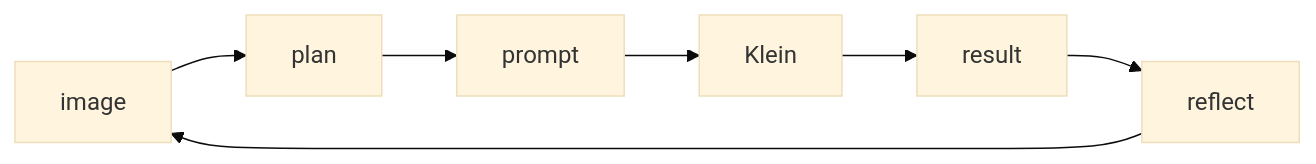
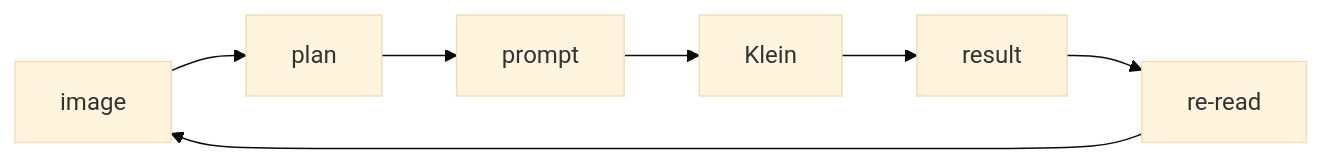
Before and after one commit to rbatra2000/backslash_art: the first of 6 diagrams in docs/architecture.md, drawn with Mermaid (base theme). The commit also changed other lines of this file and 7 other files, not shown here.

````diff
--- a/docs/architecture.md
+++ b/docs/architecture.md
@@ -9,9 +9,9 @@
 ```mermaid
 flowchart LR
     A[image] --> B[plan]
     B --> C[prompt]
     C --> D[Klein]
     D --> E[result]
-    E --> F[reflect]
+    E --> F[re-read]
     F --> A
 ```
````
